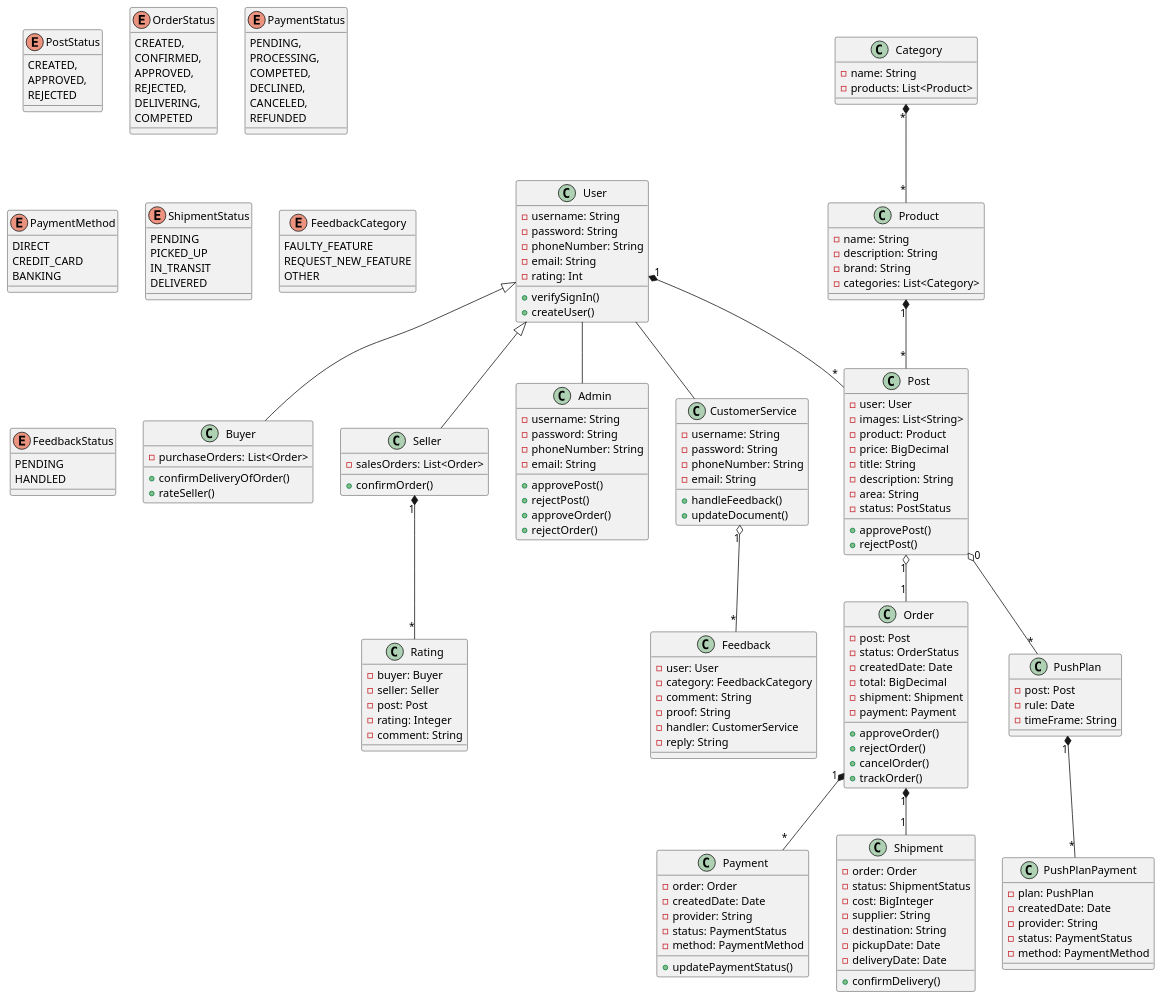
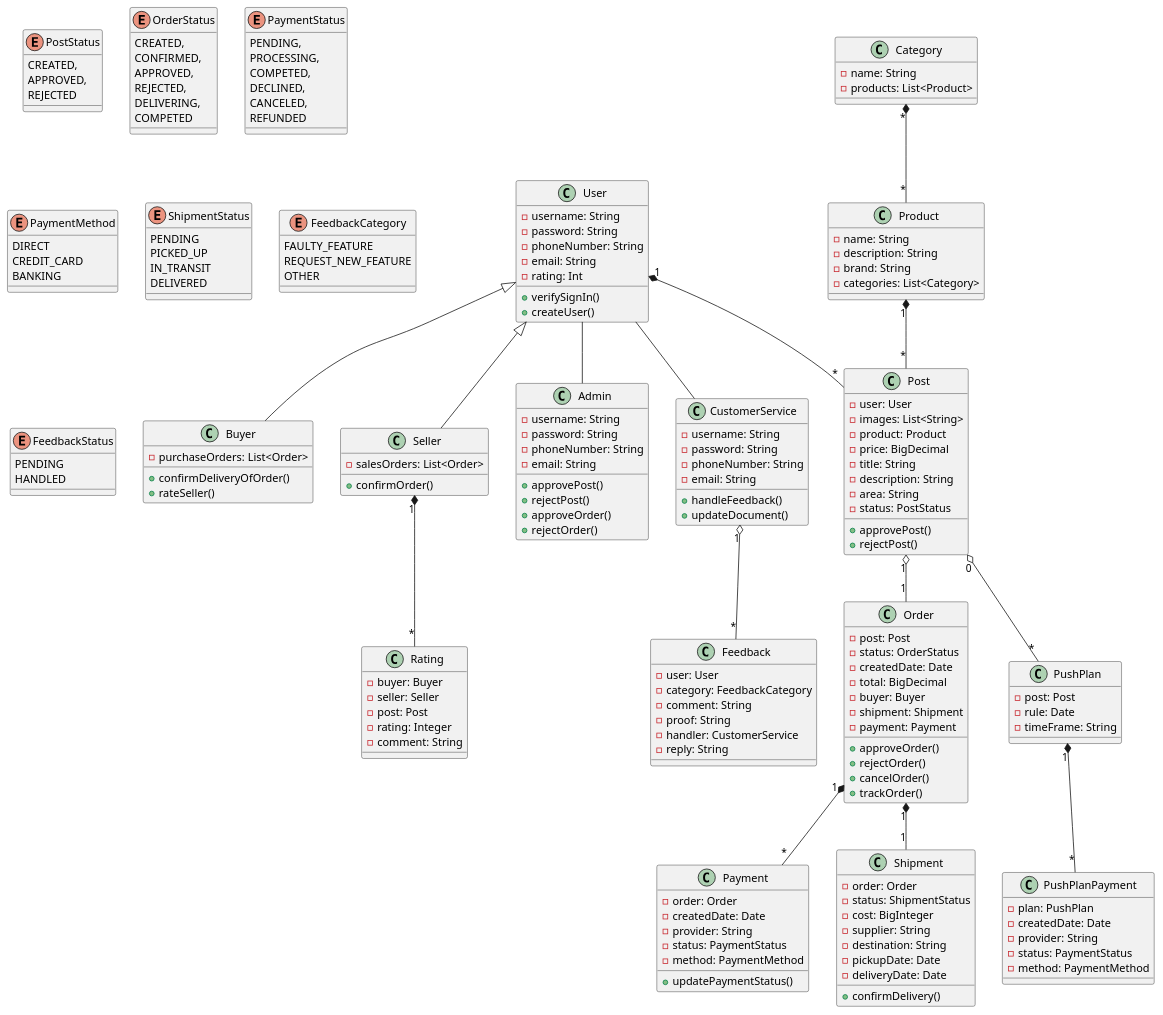
One commit to doublek2712/SE357-Pratice-class changed the diagram in Lab 1.2/puml-code/class.puml. Above: the diagram before and after it, drawn with PlantUML. The commit also changed 1 other file, not shown here.

```diff
--- a/Lab 1.2/puml-code/class.puml
+++ b/Lab 1.2/puml-code/class.puml
@@ -1,194 +1,195 @@
 @startuml
 class User {
-    -username: String
-    -password: String
-    -phoneNumber: String
-    -email: String
-    -rating: Int
-    +verifySignIn()
-    +createUser()
+-username: String
+-password: String
+-phoneNumber: String
+-email: String
+-rating: Int
++verifySignIn()
++createUser()
 }
 
 class Buyer {
-    -purchaseOrders: List<Order>
-    +confirmDeliveryOfOrder()
-    +rateSeller()
+-purchaseOrders: List<Order>
++confirmDeliveryOfOrder()
++rateSeller()
 }
 
 class Seller {
-    -salesOrders: List<Order>
-    +confirmOrder()
+-salesOrders: List<Order>
++confirmOrder()
 }
 
 class Admin {
-    -username: String
-    -password: String
-    -phoneNumber: String
-    -email: String
-    +approvePost()
-    +rejectPost()
-    +approveOrder()
-    +rejectOrder()
+-username: String
+-password: String
+-phoneNumber: String
+-email: String
++approvePost()
++rejectPost()
++approveOrder()
++rejectOrder()
 }
 
 class CustomerService {
-    -username: String
-    -password: String
-    -phoneNumber: String
-    -email: String
-    +handleFeedback()
-    +updateDocument()
+-username: String
+-password: String
+-phoneNumber: String
+-email: String
++handleFeedback()
++updateDocument()
 }
 
 class Post {
-    -user: User
-    -images: List<String>
-    -product: Product
-    -price: BigDecimal
-    -title: String
-    -description: String
-    -area: String
-    -status: PostStatus
-    +approvePost()
-    +rejectPost()
+-user: User
+-images: List<String>
+-product: Product
+-price: BigDecimal
+-title: String
+-description: String
+-area: String
+-status: PostStatus
++approvePost()
++rejectPost()
 }
 
 enum PostStatus {
     CREATED,
     APPROVED,
     REJECTED
 }
 
 class Order {
-    -post: Post
-    -status: OrderStatus
-    -createdDate: Date
-    -total: BigDecimal
-    -shipment: Shipment
-    -payment: Payment
-    +approveOrder()
-    +rejectOrder()
-    +cancelOrder()
-    +trackOrder()
+-post: Post
+-status: OrderStatus
+-createdDate: Date
+-total: BigDecimal
+-buyer: Buyer
+-shipment: Shipment
+-payment: Payment
++approveOrder()
++rejectOrder()
++cancelOrder()
++trackOrder()
 }
 
 enum OrderStatus {
     CREATED,
     CONFIRMED,
     APPROVED,
     REJECTED,
     DELIVERING,
     COMPETED
 }
 
 class Payment {
-    -order: Order
-    -createdDate: Date
-    -provider: String
-    -status: PaymentStatus
-    -method: PaymentMethod
-    +updatePaymentStatus()
+-order: Order
+-createdDate: Date
+-provider: String
+-status: PaymentStatus
+-method: PaymentMethod
++updatePaymentStatus()
 }
 
 enum PaymentStatus {
     PENDING,
     PROCESSING,
     COMPETED,
     DECLINED,
     CANCELED,
     REFUNDED
 }
 
 enum PaymentMethod {
     DIRECT
     CREDIT_CARD
     BANKING
 }
 
 class Shipment {
-    -order: Order
-    -status: ShipmentStatus
-    -cost: BigInteger
-    -supplier: String
-    -destination: String
-    -pickupDate: Date
-    -deliveryDate: Date
-    +confirmDelivery()
+-order: Order
+-status: ShipmentStatus
+-cost: BigInteger
+-supplier: String
+-destination: String
+-pickupDate: Date
+-deliveryDate: Date
++confirmDelivery()
 }
 
 enum ShipmentStatus {
     PENDING
     PICKED_UP
     IN_TRANSIT
     DELIVERED
 }
 
 class Category {
 -name: String
 -products: List<Product>
 }
 
 class Product {
 -name: String
 -description: String
 -brand: String
 -categories: List<Category>
 }
 
 class Rating {
 -buyer: Buyer
 -seller: Seller
 -post: Post
 -rating: Integer
 -comment: String
 }
 
 class PushPlan {
 -post: Post
 -rule: Date
 -timeFrame: String
 }
 
 class PushPlanPayment {
 -plan: PushPlan
 -createdDate: Date
 -provider: String
 -status: PaymentStatus
 -method: PaymentMethod
 }
 
 enum FeedbackCategory {
 FAULTY_FEATURE
 REQUEST_NEW_FEATURE
 OTHER
 }
 
 enum FeedbackStatus {
 PENDING
 HANDLED
 }
 
 class Feedback {
 -user: User
 -category: FeedbackCategory
 -comment: String
 -proof: String
 -handler: CustomerService
 -reply: String
 }
 
 User "1" *-- "*" Post
 Product "1" *-- "*" Post
 Seller "1" *-- "*" Rating
 Category "*" *-- "*" Product
 Post "1" o-- "1" Order
 Order "1" *-- "*" Payment
 Order "1" *-- "1" Shipment
 User <|-- Buyer
 User <|-- Seller
 User -- Admin
 User -- CustomerService
 PushPlan "1" *-- "*" PushPlanPayment
 Post "0" o-- "*" PushPlan
 CustomerService "1" o-- "*" Feedback
 @enduml
```
